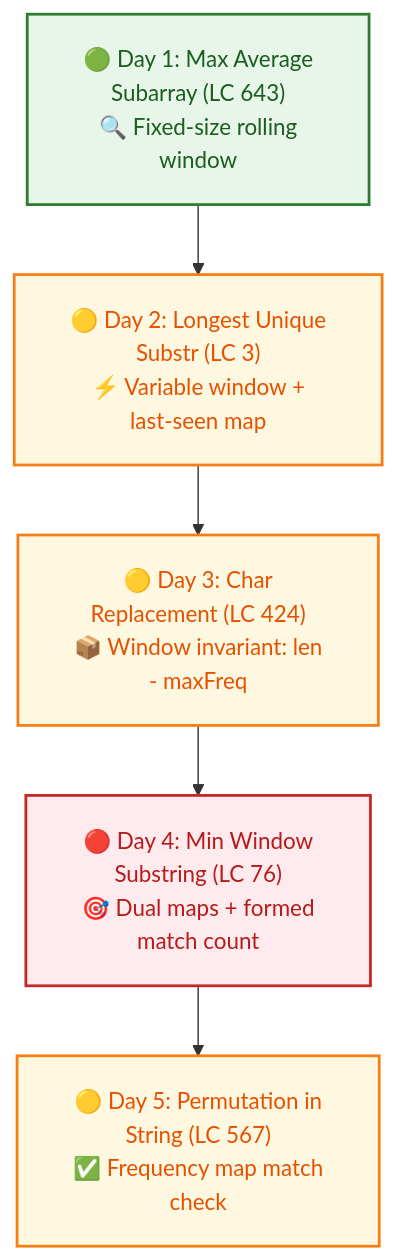
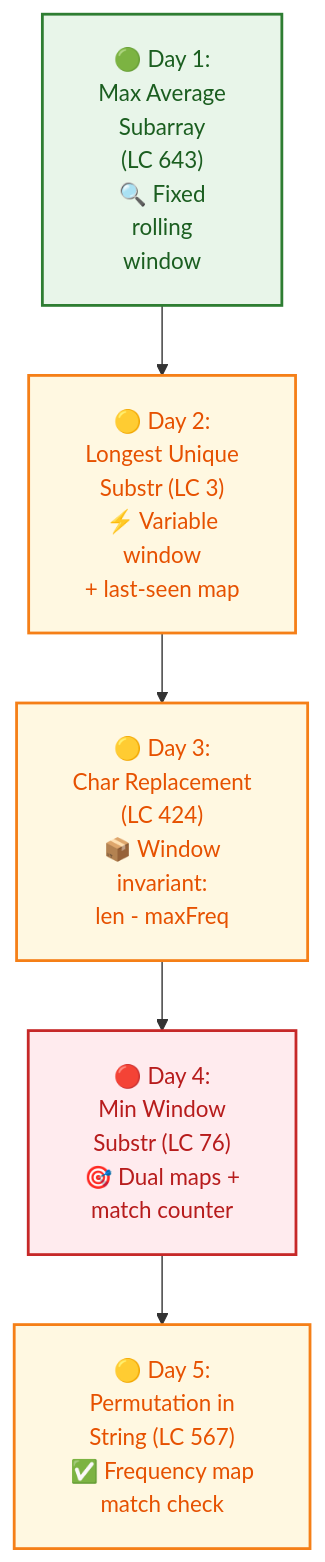
Before and after one commit to dip4k/DSA_102: the second of 19 diagrams in Senior_dsa_question_list.md, drawn with Mermaid. The commit also changed other lines of this file and 106 other files, not shown here.

First line of the commit message:
fix(mermaid): prevent text clipping with foreignObject overflow and tighter line wrapping

````diff
--- a/Senior_dsa_question_list.md
+++ b/Senior_dsa_question_list.md
@@ -106,15 +106,15 @@
 ```mermaid
-%%{init: {"flowchart": {"htmlLabels": true, "padding": 20}}}%%
+%%{init: {"flowchart": {"htmlLabels": true, "padding": 20}, "themeCSS": "foreignObject { overflow: visible !important; }"}}%%
 flowchart TD
     classDef startNode fill:#e8f5e9,stroke:#2e7d32,stroke-width:2px,color:#1b5e20
     classDef midNode fill:#fff8e1,stroke:#f57f17,stroke-width:2px,color:#e65100
     classDef hardNode fill:#ffebee,stroke:#c62828,stroke-width:2px,color:#b71c1c
 
-    A["🟢 Day 1: Max Average<br/>Subarray (LC 643)<br/>🔍 Fixed-size rolling<br/>window"]:::startNode
-    B["🟡 Day 2: Longest Unique<br/>Substr (LC 3)<br/>⚡ Variable window +<br/>last-seen map"]:::midNode
-    C["🟡 Day 3: Char<br/>Replacement (LC 424)<br/>📦 Window invariant: len<br/>- maxFreq"]:::midNode
-    D["🔴 Day 4: Min Window<br/>Substring (LC 76)<br/>🎯 Dual maps + formed<br/>match count"]:::hardNode
-    E["🟡 Day 5: Permutation in<br/>String (LC 567)<br/>✅ Frequency map match<br/>check"]:::midNode
+    A["🟢 Day 1:<br/>Max Average<br/>Subarray<br/>(LC 643)<br/>🔍 Fixed<br/>rolling<br/>window"]:::startNode
+    B["🟡 Day 2:<br/>Longest Unique<br/>Substr (LC 3)<br/>⚡ Variable<br/>window<br/>+ last-seen map"]:::midNode
+    C["🟡 Day 3:<br/>Char Replacement<br/>(LC 424)<br/>📦 Window<br/>invariant:<br/>len - maxFreq"]:::midNode
+    D["🔴 Day 4:<br/>Min Window<br/>Substr (LC 76)<br/>🎯 Dual maps +<br/>match counter"]:::hardNode
+    E["🟡 Day 5:<br/>Permutation in<br/>String (LC 567)<br/>✅ Frequency map<br/>match check"]:::midNode
 
     A --> B --> C --> D --> E
 ```
````
